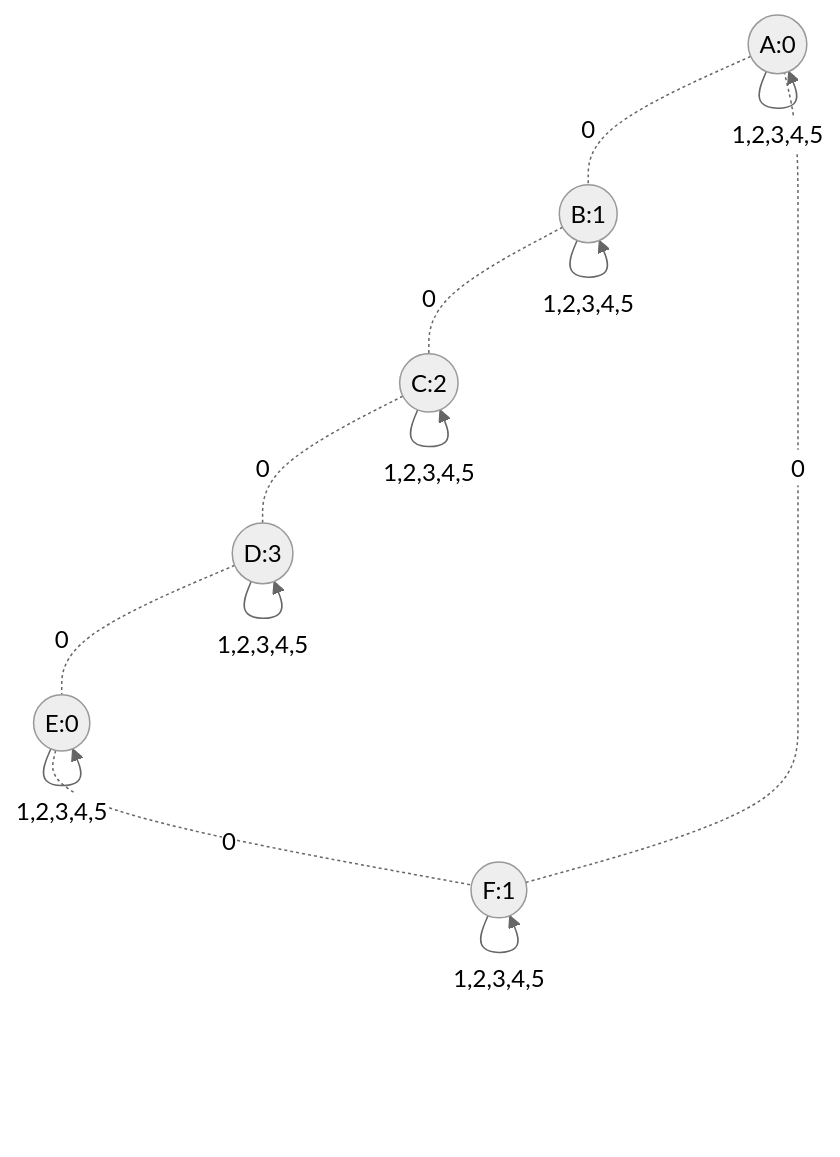
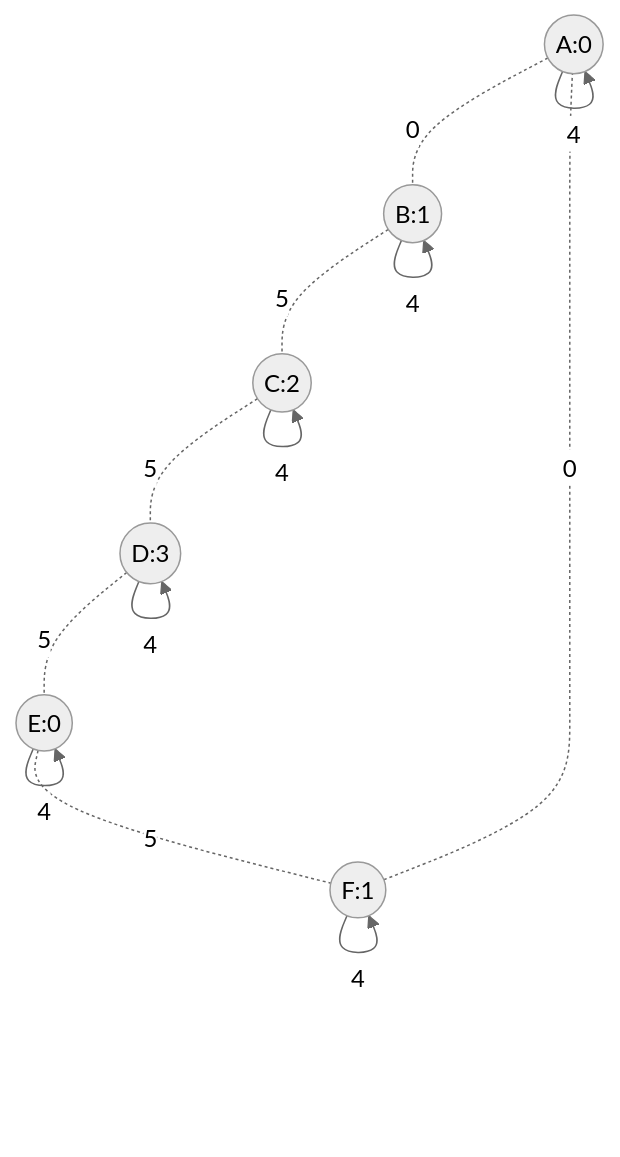
Before and after one commit to randomfunkstyle/randomfun2025swift: the diagram in Resources/TestMaps/six_rooms_ring.md, drawn with Mermaid (neutral theme). The commit also changed 12 other files, not shown here.

````diff
--- a/Resources/TestMaps/six_rooms_ring.md
+++ b/Resources/TestMaps/six_rooms_ring.md
@@ -3,23 +3,41 @@
 ```mermaid
 graph TD
     A((A:0))
     B((B:1))
     C((C:2))
     D((D:3))
     E((E:0))
     F((F:1))
     
     A -.0.- B
-    B -.0.- C
-    C -.0.- D
-    D -.0.- E
-    E -.0.- F
+    B -.5.- C
+    C -.5.- D
+    D -.5.- E
+    E -.5.- F
     F -.0.- A
     
-    A --1,2,3,4,5--> A
-    B --1,2,3,4,5--> B
-    C --1,2,3,4,5--> C
-    D --1,2,3,4,5--> D
-    E --1,2,3,4,5--> E
-    F --1,2,3,4,5--> F
+    A --1--> A
+    A --2--> A
+    A --3--> A
+    A --4--> A
+    B --1--> B
+    B --2--> B
+    B --3--> B
+    B --4--> B
+    C --1--> C
+    C --2--> C
+    C --3--> C
+    C --4--> C
+    D --1--> D
+    D --2--> D
+    D --3--> D
+    D --4--> D
+    E --1--> E
+    E --2--> E
+    E --3--> E
+    E --4--> E
+    F --1--> F
+    F --2--> F
+    F --3--> F
+    F --4--> F
 ```
````
